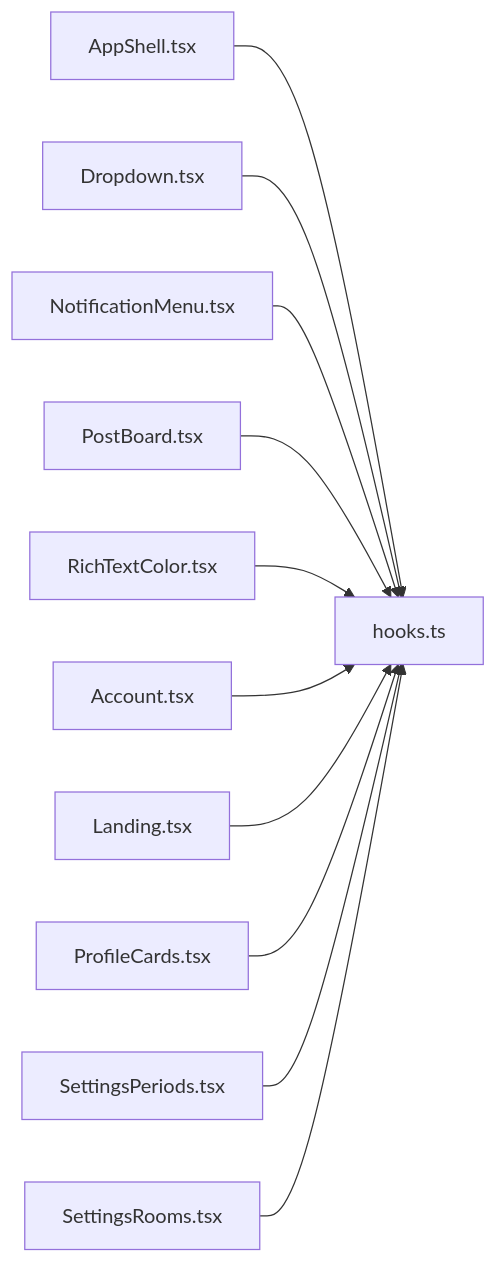
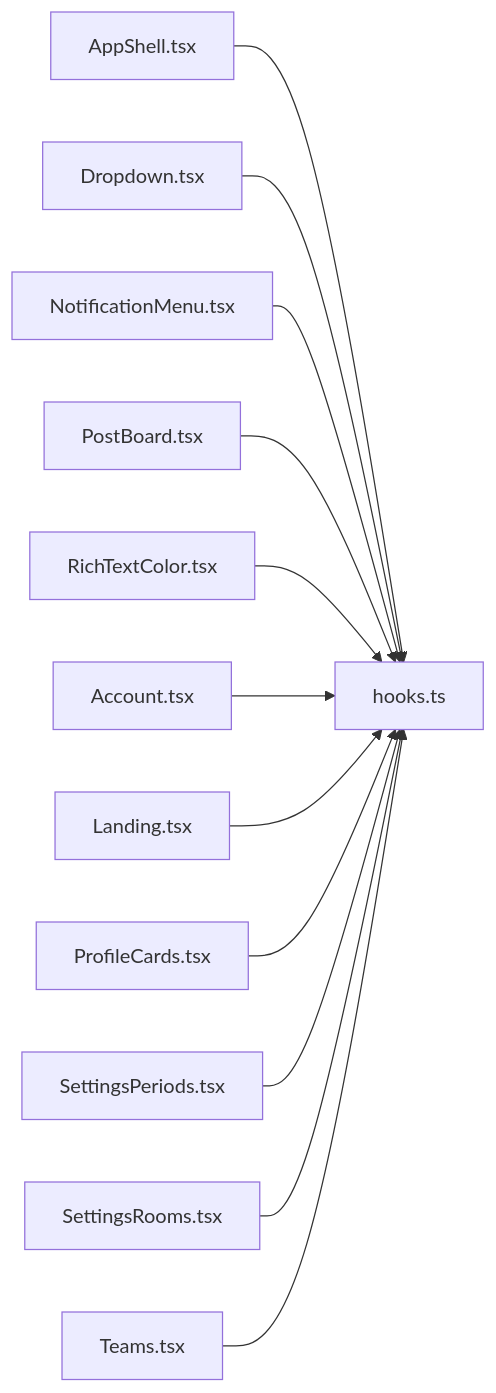
Before and after one commit to minkong-dev/Banblit: the diagram in .cluedoc/graph/frontend/src/components/hooks.md, drawn with Mermaid. The commit also changed other lines of this file and 8 other files, not shown here.

````diff
--- a/.cluedoc/graph/frontend/src/components/hooks.md
+++ b/.cluedoc/graph/frontend/src/components/hooks.md
@@ -10,14 +10,15 @@
 ```mermaid
 flowchart LR
   frontend_src_components_hooks["hooks.ts"]
   frontend_src_components_AppShell["AppShell.tsx"] --> frontend_src_components_hooks
   frontend_src_components_Dropdown["Dropdown.tsx"] --> frontend_src_components_hooks
   frontend_src_components_NotificationMenu["NotificationMenu.tsx"] --> frontend_src_components_hooks
   frontend_src_components_PostBoard["PostBoard.tsx"] --> frontend_src_components_hooks
   frontend_src_components_RichTextColor["RichTextColor.tsx"] --> frontend_src_components_hooks
   frontend_src_routes_Account["Account.tsx"] --> frontend_src_components_hooks
   frontend_src_routes_Landing["Landing.tsx"] --> frontend_src_components_hooks
   frontend_src_routes_ProfileCards["ProfileCards.tsx"] --> frontend_src_components_hooks
   frontend_src_routes_SettingsPeriods["SettingsPeriods.tsx"] --> frontend_src_components_hooks
   frontend_src_routes_SettingsRooms["SettingsRooms.tsx"] --> frontend_src_components_hooks
+  frontend_src_routes_Teams["Teams.tsx"] --> frontend_src_components_hooks
 ```
````
